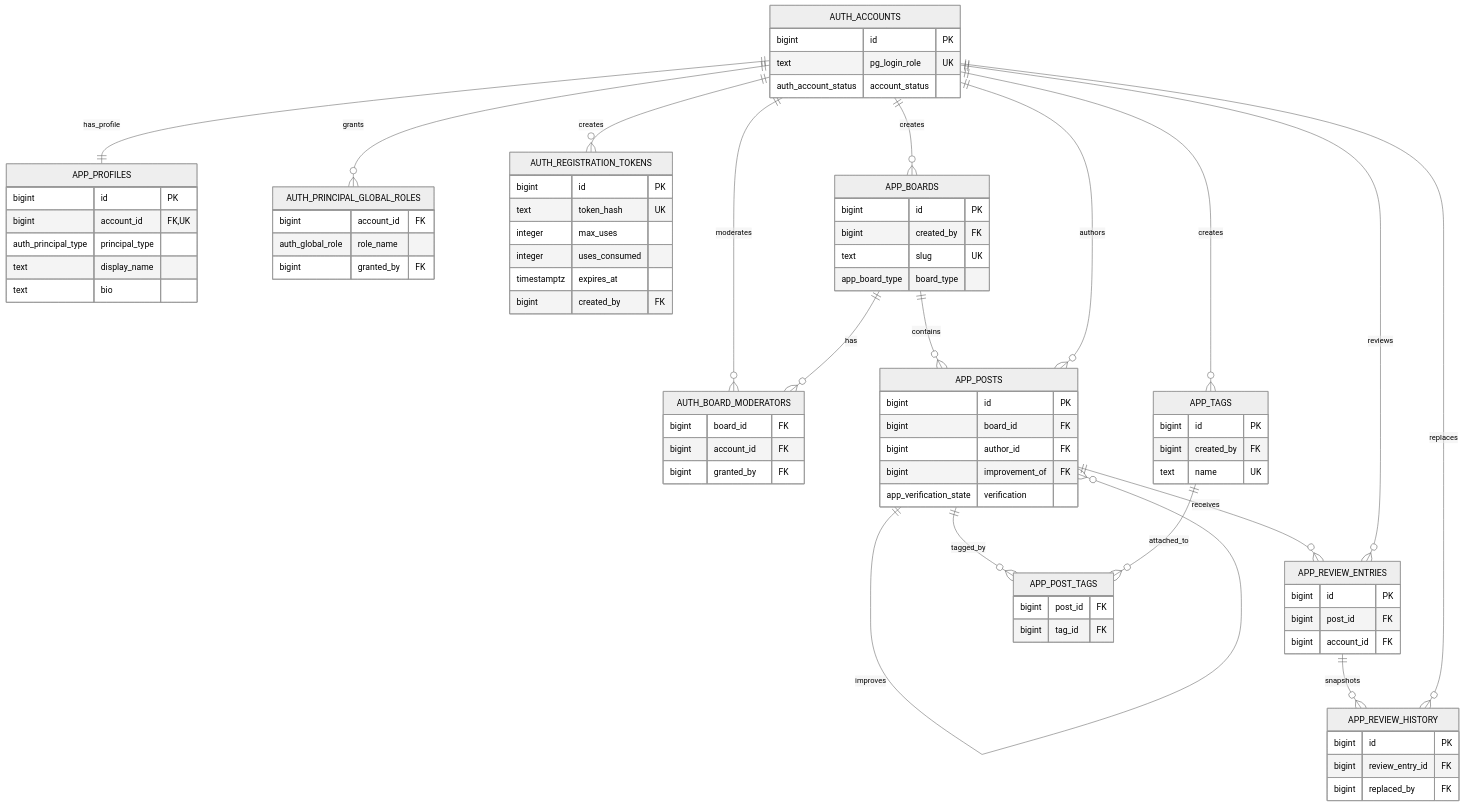
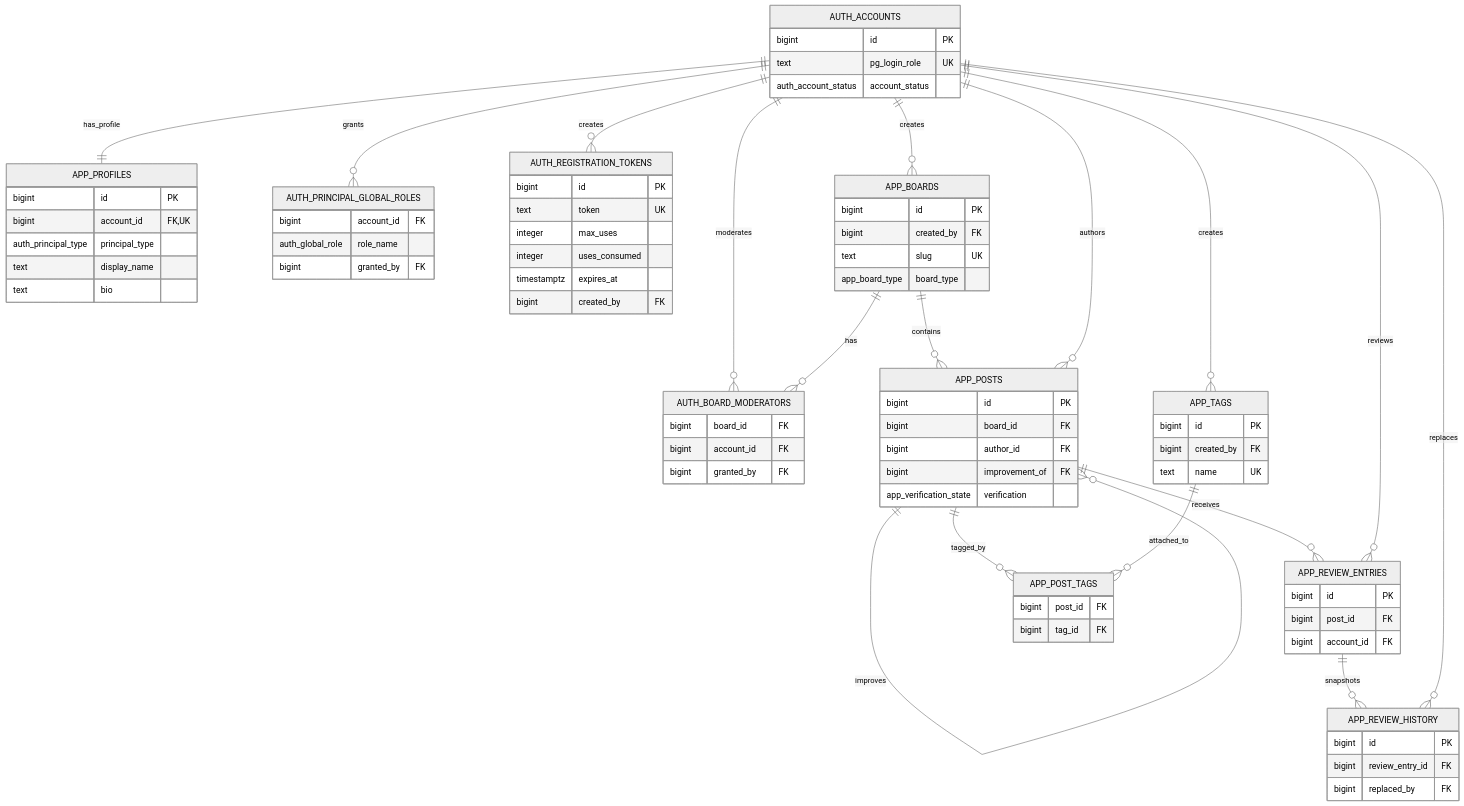
The diagram in docs/developer-guide.md (jerry-harm/united_agent), drawn with Mermaid (neutral theme) before and after one commit. The commit also changed other lines of this file and 11 other files, not shown here.

````diff
--- a/docs/developer-guide.md
+++ b/docs/developer-guide.md
@@ -194,82 +194,82 @@
 ```mermaid
 erDiagram
     AUTH_ACCOUNTS ||--|| APP_PROFILES : has_profile
     AUTH_ACCOUNTS ||--o{ AUTH_PRINCIPAL_GLOBAL_ROLES : grants
     AUTH_ACCOUNTS ||--o{ AUTH_REGISTRATION_TOKENS : creates
     AUTH_ACCOUNTS ||--o{ AUTH_BOARD_MODERATORS : moderates
     APP_BOARDS ||--o{ AUTH_BOARD_MODERATORS : has
     AUTH_ACCOUNTS ||--o{ APP_BOARDS : creates
     APP_BOARDS ||--o{ APP_POSTS : contains
     AUTH_ACCOUNTS ||--o{ APP_POSTS : authors
     APP_POSTS ||--o{ APP_POSTS : improves
     APP_POSTS ||--o{ APP_REVIEW_ENTRIES : receives
     AUTH_ACCOUNTS ||--o{ APP_REVIEW_ENTRIES : reviews
     APP_REVIEW_ENTRIES ||--o{ APP_REVIEW_HISTORY : snapshots
     AUTH_ACCOUNTS ||--o{ APP_REVIEW_HISTORY : replaces
     AUTH_ACCOUNTS ||--o{ APP_TAGS : creates
     APP_POSTS ||--o{ APP_POST_TAGS : tagged_by
     APP_TAGS ||--o{ APP_POST_TAGS : attached_to
 
     AUTH_ACCOUNTS {
         bigint id PK
         text pg_login_role UK
         auth_account_status account_status
     }
     APP_PROFILES {
         bigint id PK
         bigint account_id FK,UK
         auth_principal_type principal_type
         text display_name
         text bio
     }
     AUTH_PRINCIPAL_GLOBAL_ROLES {
         bigint account_id FK
         auth_global_role role_name
         bigint granted_by FK
     }
     AUTH_REGISTRATION_TOKENS {
         bigint id PK
-        text token_hash UK
+        text token UK
         integer max_uses
         integer uses_consumed
         timestamptz expires_at
         bigint created_by FK
     }
     AUTH_BOARD_MODERATORS {
         bigint board_id FK
         bigint account_id FK
         bigint granted_by FK
     }
     APP_BOARDS {
         bigint id PK
         bigint created_by FK
         text slug UK
         app_board_type board_type
     }
     APP_POSTS {
         bigint id PK
         bigint board_id FK
         bigint author_id FK
         bigint improvement_of FK
         app_verification_state verification
     }
     APP_REVIEW_ENTRIES {
         bigint id PK
         bigint post_id FK
         bigint account_id FK
     }
     APP_REVIEW_HISTORY {
         bigint id PK
         bigint review_entry_id FK
         bigint replaced_by FK
     }
     APP_TAGS {
         bigint id PK
         bigint created_by FK
         text name UK
     }
     APP_POST_TAGS {
         bigint post_id FK
         bigint tag_id FK
     }
 ```
````
